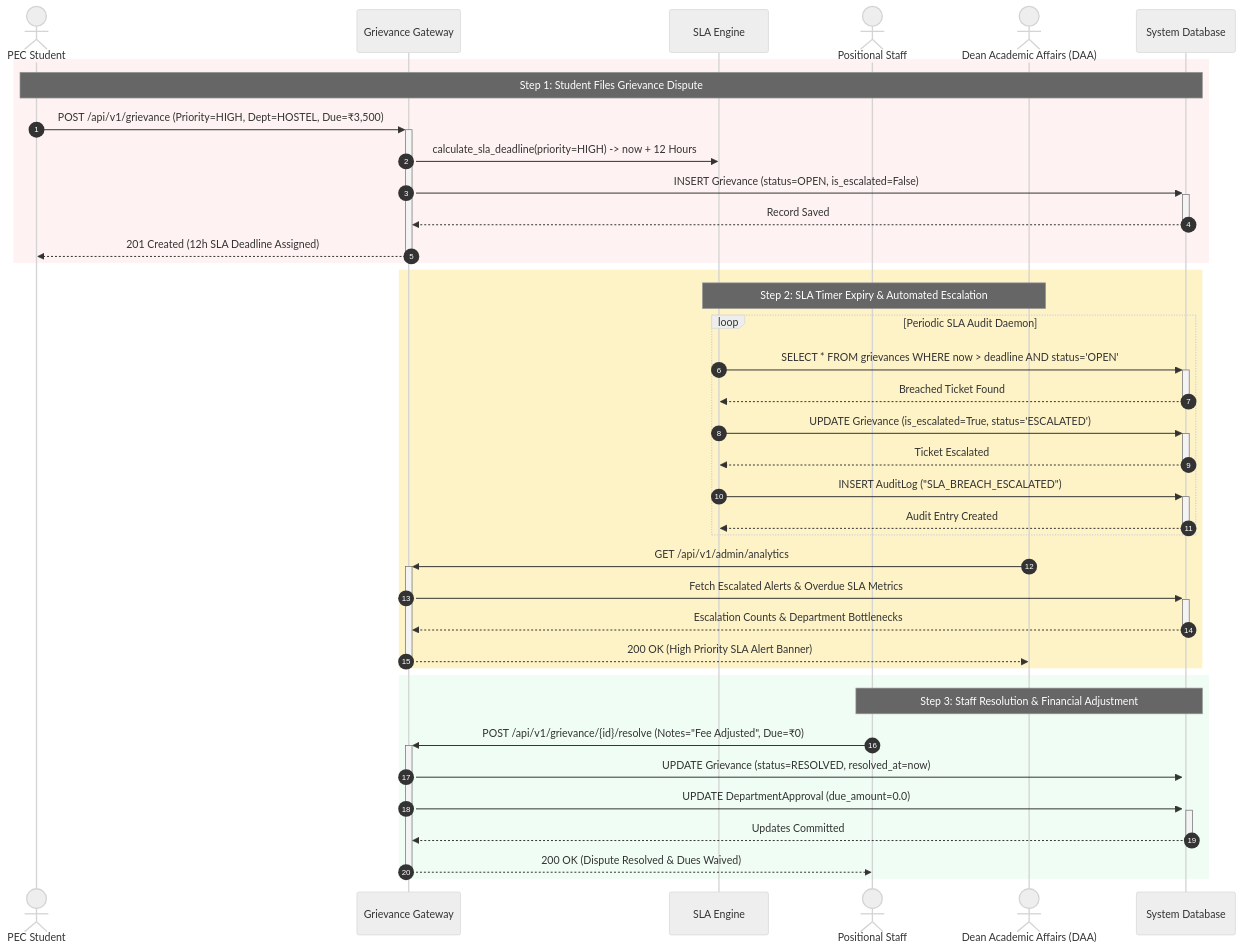
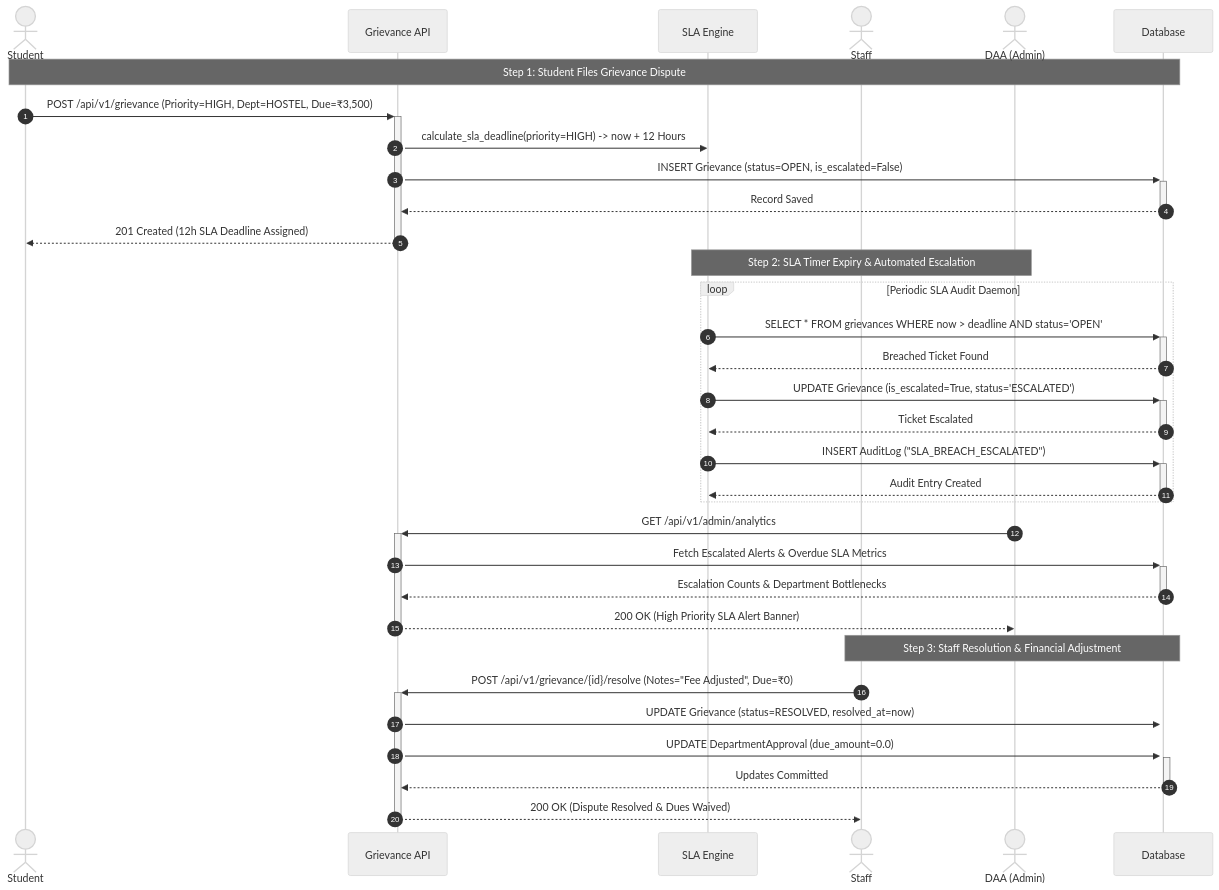
One commit to rags-git/clearance-automation-engine changed the sixth of 9 diagrams in docs/UML_DIAGRAMS.md. Above: the diagram before and after it, drawn with Mermaid (neutral theme). The commit also changed other lines of this file and 1 other file, not shown here.

Commit message:
docs(uml): maximize readability and visual clarity of Sequence Diagrams

````diff
--- a/docs/UML_DIAGRAMS.md
+++ b/docs/UML_DIAGRAMS.md
@@ -406,48 +395,42 @@
 ```mermaid
 sequenceDiagram
     autonumber
-    actor Student as PEC Student
-    participant API as Grievance Gateway
+    actor Student as Student
+    participant API as Grievance API
     participant SLA as SLA Engine
-    actor Staff as Positional Staff
-    actor DAA as Dean Academic Affairs (DAA)
-    participant DB as System Database
+    actor Staff as Staff
+    actor DAA as DAA (Admin)
+    participant DB as Database
 
     %% Filing
-    rect rgb(254, 242, 242)
-        Note over Student, DB: Step 1: Student Files Grievance Dispute
-        Student->>+API: POST /api/v1/grievance (Priority=HIGH, Dept=HOSTEL, Due=₹3,500)
-        API->>SLA: calculate_sla_deadline(priority=HIGH) -> now + 12 Hours
-        API->>+DB: INSERT Grievance (status=OPEN, is_escalated=False)
-        DB-->>-API: Record Saved
-        API-->>-Student: 201 Created (12h SLA Deadline Assigned)
+    Note over Student, DB: Step 1: Student Files Grievance Dispute
+    Student->>+API: POST /api/v1/grievance (Priority=HIGH, Dept=HOSTEL, Due=₹3,500)
+    API->>SLA: calculate_sla_deadline(priority=HIGH) -> now + 12 Hours
+    API->>+DB: INSERT Grievance (status=OPEN, is_escalated=False)
+    DB-->>-API: Record Saved
+    API-->>-Student: 201 Created (12h SLA Deadline Assigned)
+
+    %% SLA Breach Loop
+    Note over SLA, DAA: Step 2: SLA Timer Expiry & Automated Escalation
+    loop Periodic SLA Audit Daemon
+        SLA->>+DB: SELECT * FROM grievances WHERE now > deadline AND status='OPEN'
+        DB-->>-SLA: Breached Ticket Found
+        SLA->>+DB: UPDATE Grievance (is_escalated=True, status='ESCALATED')
+        DB-->>-SLA: Ticket Escalated
+        SLA->>+DB: INSERT AuditLog ("SLA_BREACH_ESCALATED")
+        DB-->>-SLA: Audit Entry Created
     end
 
-    %% SLA Breach Loop
-    rect rgb(254, 243, 199)
-        Note over SLA, DAA: Step 2: SLA Timer Expiry & Automated Escalation
-        loop Periodic SLA Audit Daemon
-            SLA->>+DB: SELECT * FROM grievances WHERE now > deadline AND status='OPEN'
-            DB-->>-SLA: Breached Ticket Found
-            SLA->>+DB: UPDATE Grievance (is_escalated=True, status='ESCALATED')
-            DB-->>-SLA: Ticket Escalated
-            SLA->>+DB: INSERT AuditLog ("SLA_BREACH_ESCALATED")
-            DB-->>-SLA: Audit Entry Created
-        end
-
-        DAA->>+API: GET /api/v1/admin/analytics
-        API->>+DB: Fetch Escalated Alerts & Overdue SLA Metrics
-        DB-->>-API: Escalation Counts & Department Bottlenecks
-        API-->>-DAA: 200 OK (High Priority SLA Alert Banner)
-    end
+    DAA->>+API: GET /api/v1/admin/analytics
+    API->>+DB: Fetch Escalated Alerts & Overdue SLA Metrics
+    DB-->>-API: Escalation Counts & Department Bottlenecks
+    API-->>-DAA: 200 OK (High Priority SLA Alert Banner)
 
     %% Resolution
-    rect rgb(240, 253, 244)
-        Note over Staff, DB: Step 3: Staff Resolution & Financial Adjustment
-        Staff->>+API: POST /api/v1/grievance/{id}/resolve (Notes="Fee Adjusted", Due=₹0)
-        API->>+DB: UPDATE Grievance (status=RESOLVED, resolved_at=now)
-        API->>+DB: UPDATE DepartmentApproval (due_amount=0.0)
-        DB-->>-API: Updates Committed
-        API-->>-Staff: 200 OK (Dispute Resolved & Dues Waived)
-    end
+    Note over Staff, DB: Step 3: Staff Resolution & Financial Adjustment
+    Staff->>+API: POST /api/v1/grievance/{id}/resolve (Notes="Fee Adjusted", Due=₹0)
+    API->>+DB: UPDATE Grievance (status=RESOLVED, resolved_at=now)
+    API->>+DB: UPDATE DepartmentApproval (due_amount=0.0)
+    DB-->>-API: Updates Committed
+    API-->>-Staff: 200 OK (Dispute Resolved & Dues Waived)
 ```
````
